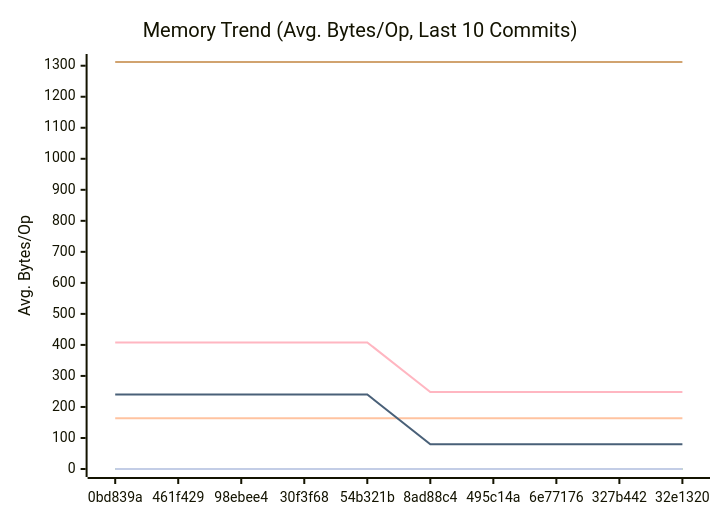
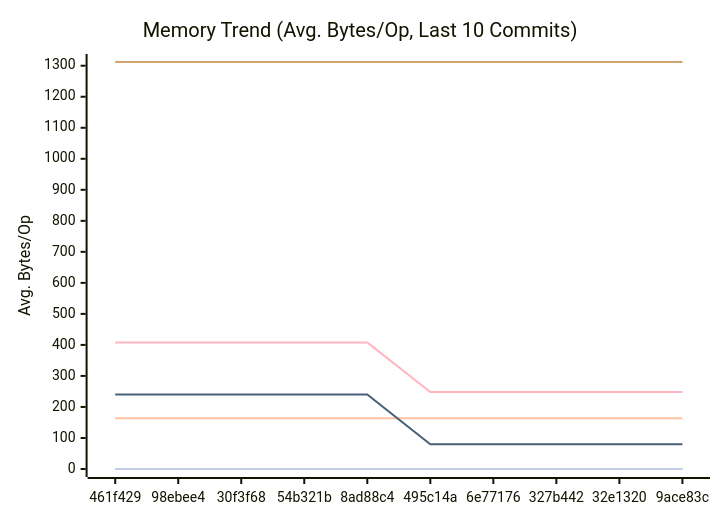
Before and after one commit to alsotoes/momo: the second of 3 diagrams in docs/PERFORMANCE.md, drawn with Mermaid. The commit also changed other lines of this file and 3 other files, not shown here.

````diff
--- a/docs/PERFORMANCE.md
+++ b/docs/PERFORMANCE.md
@@ -142,16 +142,16 @@
 ```mermaid
 xychart-beta
     title "Memory Trend (Avg. Bytes/Op, Last 10 Commits)"
     x-axis "Commit"
     y-axis "Avg. Bytes/Op"
-    x-axis [0bd839a,461f429,98ebee4,30f3f68,54b321b,8ad88c4,495c14a,6e77176,327b442,32e1320]
+    x-axis [461f429,98ebee4,30f3f68,54b321b,8ad88c4,495c14a,6e77176,327b442,32e1320,9ace83c]
     line "CheckMetricsAndSwap" [0,0,0,0,0,0,0,0,0,0]
     line "CrushOptimized" [0,0,0,0,0,0,0,0,0,0]
     line "CrushOriginal" [164,164,164,164,164,164,164,164,164,164]
     line "IndexDirectTracking" [0,0,0,0,0,0,0,0,0,0]
     line "IndexSearch" [0,0,0,0,0,0,0,0,0,0]
     line "LoadGlobalConfig" [1312,1312,1312,1312,1312,1312,1312,1312,1312,1312]
     line "PadString" [0,0,0,0,0,0,0,0,0,0]
     line "ParseReplicationOrder_NoPrealloc" [408,408,408,408,408,248,248,248,248,248]
     line "ParseReplicationOrder_Prealloc" [240,240,240,240,240,80,80,80,80,80]
 ```
````
